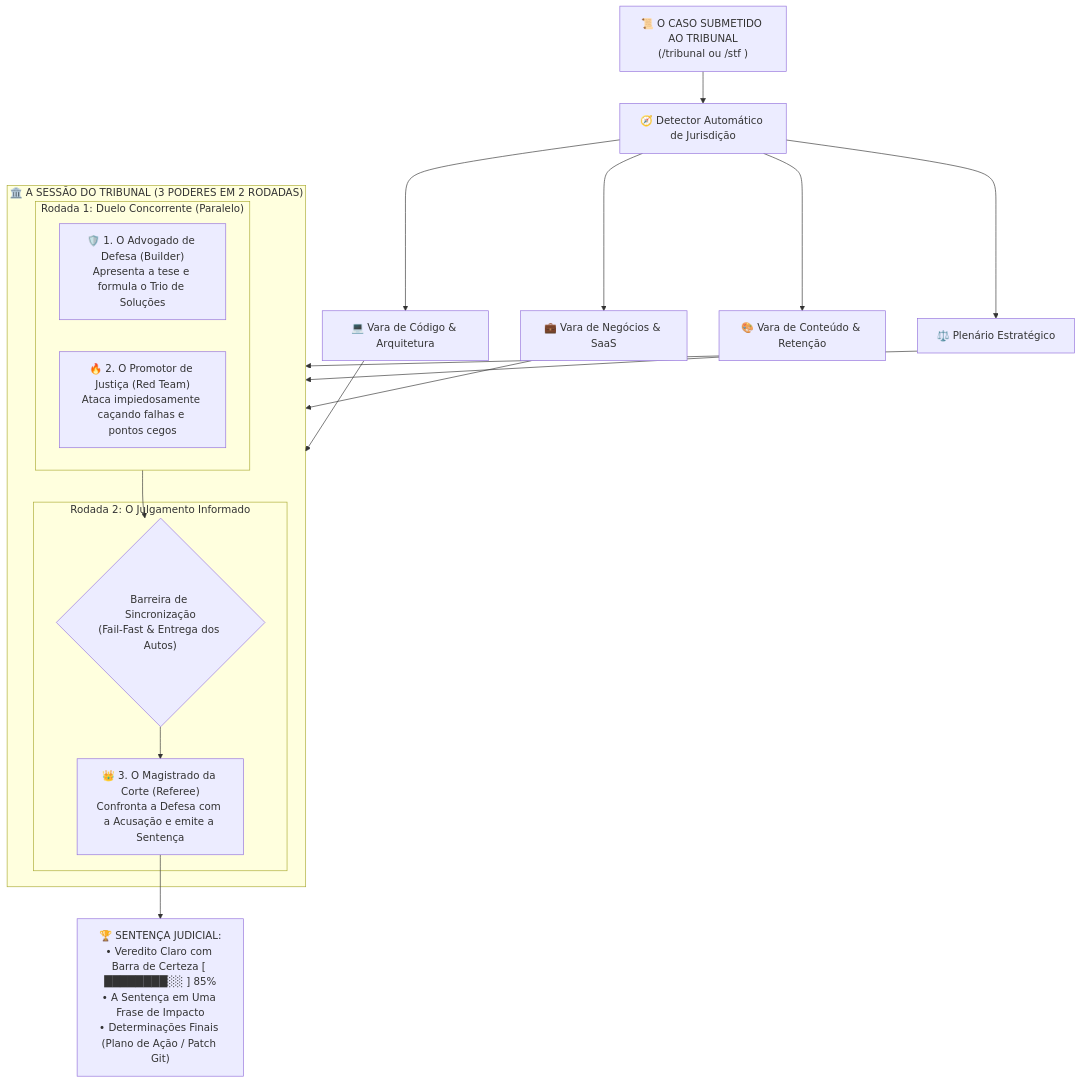
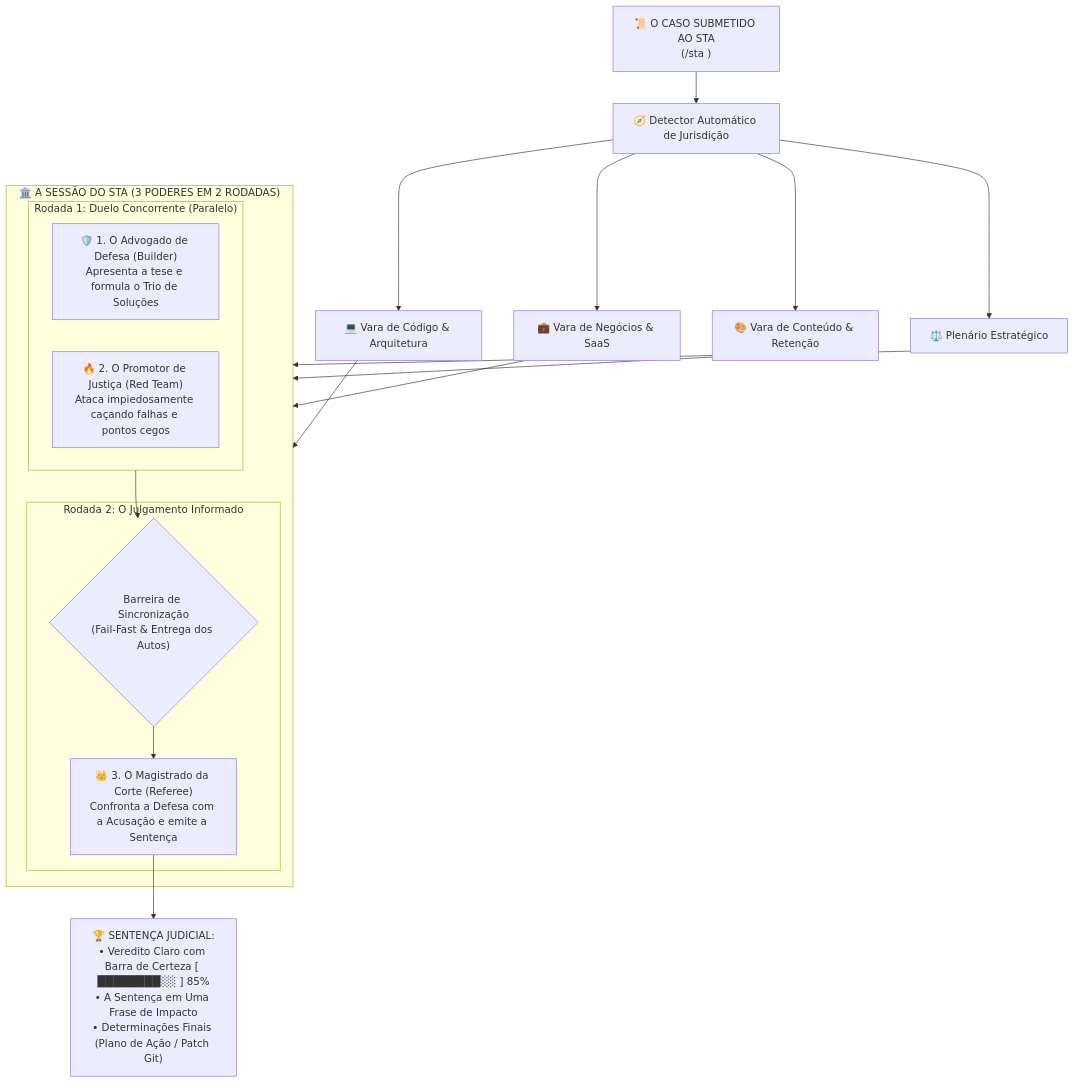
One commit to Gabrielrtads/cli-cross-review changed the diagram in README.md. Above: the diagram before and after it, drawn with Mermaid. The commit also changed other lines of this file and 2 other files, not shown here.

First line of the commit message:
feat(branding): unificar definitivamente para STA (Supremo Tribunal dos Agentes) com /sta

````diff
--- a/README.md
+++ b/README.md
@@ -29,29 +29,29 @@
 ```mermaid
 flowchart TD
-    CASO["📜 O CASO SUBMETIDO AO TRIBUNAL<br/>(/tribunal ou /stf <caso | codigo | decisao>)"] --> RECONHECIMENTO["🧭 Detector Automático de Jurisdição"]
+    CASO["📜 O CASO SUBMETIDO AO STA<br/>(/sta <caso | codigo | decisao>)"] --> RECONHECIMENTO["🧭 Detector Automático de Jurisdição"]
 
     RECONHECIMENTO --> R_CODIGO["💻 Vara de Código & Arquitetura"]
     RECONHECIMENTO --> R_BUSINESS["💼 Vara de Negócios & SaaS"]
     RECONHECIMENTO --> R_CREATIVE["🎨 Vara de Conteúdo & Retenção"]
     RECONHECIMENTO --> R_GENERAL["⚖️ Plenário Estratégico"]
 
-    R_CODIGO --> TRIBUNAL
-    R_BUSINESS --> TRIBUNAL
-    R_CREATIVE --> TRIBUNAL
-    R_GENERAL --> TRIBUNAL
+    R_CODIGO --> STA
+    R_BUSINESS --> STA
+    R_CREATIVE --> STA
+    R_GENERAL --> STA
 
-    subgraph TRIBUNAL ["🏛️ A SESSÃO DO TRIBUNAL (3 PODERES EM 2 RODADAS)"]
+    subgraph STA ["🏛️ A SESSÃO DO STA (3 PODERES EM 2 RODADAS)"]
         subgraph RODADA_1 ["Rodada 1: Duelo Concorrente (Paralelo)"]
             DEFESA["🛡️ 1. O Advogado de Defesa (Builder)<br/>Apresenta a tese e formula o Trio de Soluções"]
             ACUSACAO["🔥 2. O Promotor de Justiça (Red Team)<br/>Ataca impiedosamente caçando falhas e pontos cegos"]
         end
 
         RODADA_1 --> BARREIRA{"Barreira de Sincronização<br/>(Fail-Fast & Entrega dos Autos)"}
 
         subgraph RODADA_2 ["Rodada 2: O Julgamento Informado"]
             BARREIRA --> JUIZ["👑 3. O Magistrado da Corte (Referee)<br/>Confronta a Defesa com a Acusação e emite a Sentença"]
         end
     end
 
     JUIZ --> ACORDAO["🏆 SENTENÇA JUDICIAL:<br/>• Veredito Claro com Barra de Certeza [ ████████░░ ] 85%<br/>• A Sentença em Uma Frase de Impacto<br/>• Determinações Finais (Plano de Ação / Patch Git)"]
 ```
````
